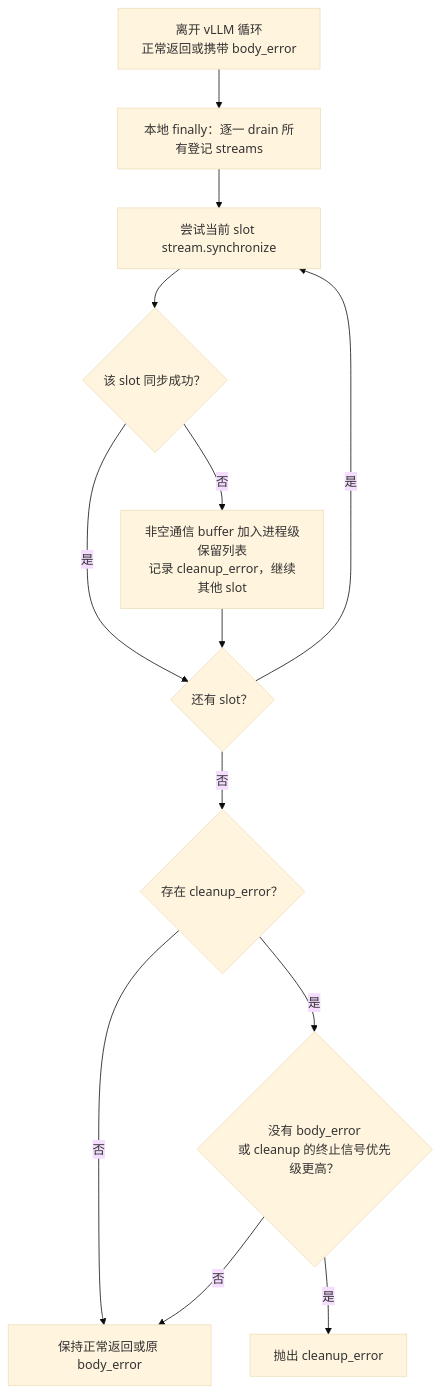
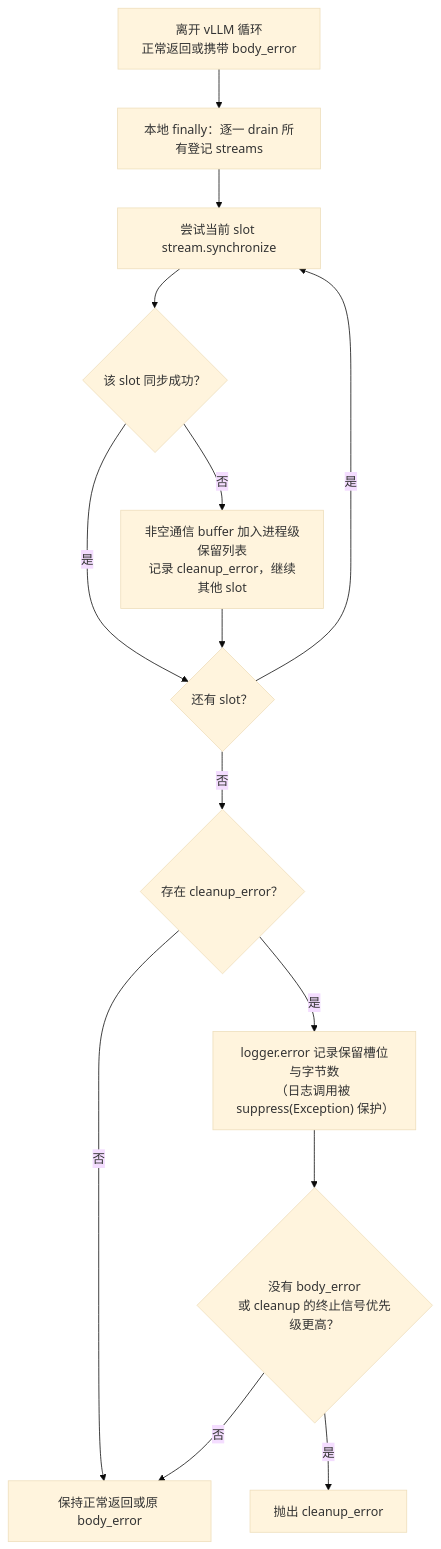
Before and after one commit to Liccol/ref-doc: the tenth of 10 diagrams in vllm/weight-transfer/packed-tensor-design.md, drawn with Mermaid (base theme). The commit also changed other lines of this file and 3 other files, not shown here.

First line of the commit message:
docs: fix diagram attribution and split UML rebinding v1.0.6

````diff
--- a/vllm/weight-transfer/packed-tensor-design.md
+++ b/vllm/weight-transfer/packed-tensor-design.md
@@ -793,15 +817,16 @@
 ```mermaid
 flowchart TD
     EXIT[离开 vLLM 循环<br/>正常返回或携带 body_error] --> FIN[本地 finally：逐一 drain 所有登记 streams]
     FIN --> SYNC[尝试当前 slot stream.synchronize]
     SYNC --> OK{该 slot 同步成功？}
     OK -->|是| NEXT{还有 slot？}
     OK -->|否| KEEP[非空通信 buffer 加入进程级保留列表<br/>记录 cleanup_error，继续其他 slot]
     KEEP --> NEXT
     NEXT -->|是| SYNC
     NEXT -->|否| ERROR{存在 cleanup_error？}
     ERROR -->|否| ORIGINAL[保持正常返回或原 body_error]
-    ERROR -->|是| PRIORITY{没有 body_error<br/>或 cleanup 的终止信号优先级更高？}
+    ERROR -->|是| LOG["logger.error 记录保留槽位与字节数<br/>（日志调用被 suppress(Exception) 保护）"]
+    LOG --> PRIORITY{没有 body_error<br/>或 cleanup 的终止信号优先级更高？}
     PRIORITY -->|是| RAISE[抛出 cleanup_error]
     PRIORITY -->|否| ORIGINAL
 ```
````
